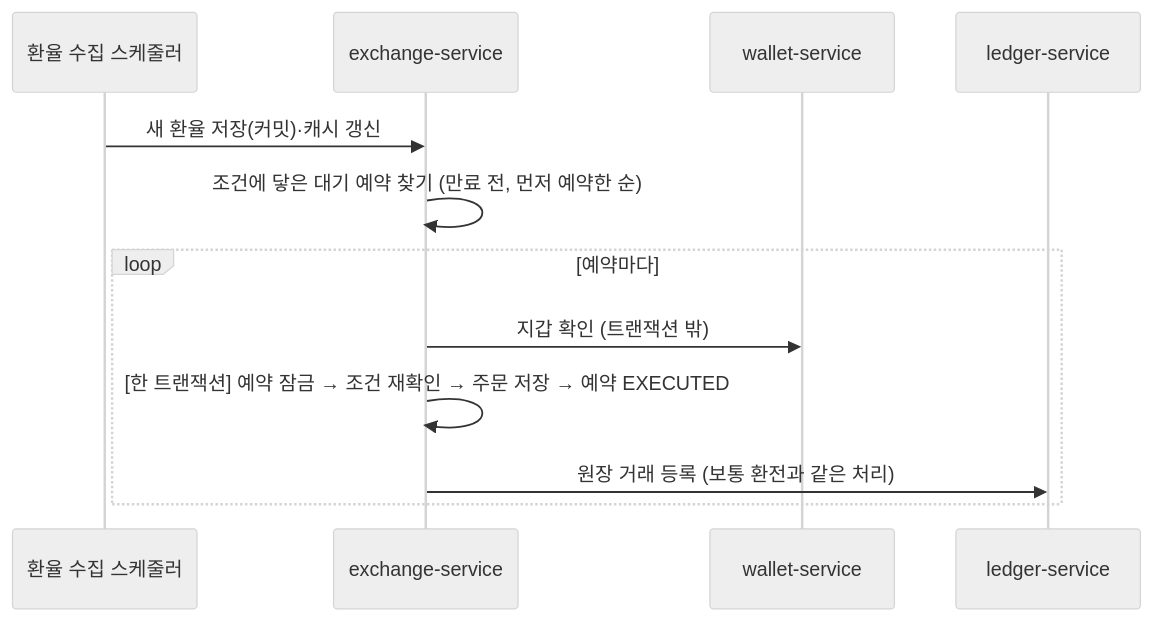
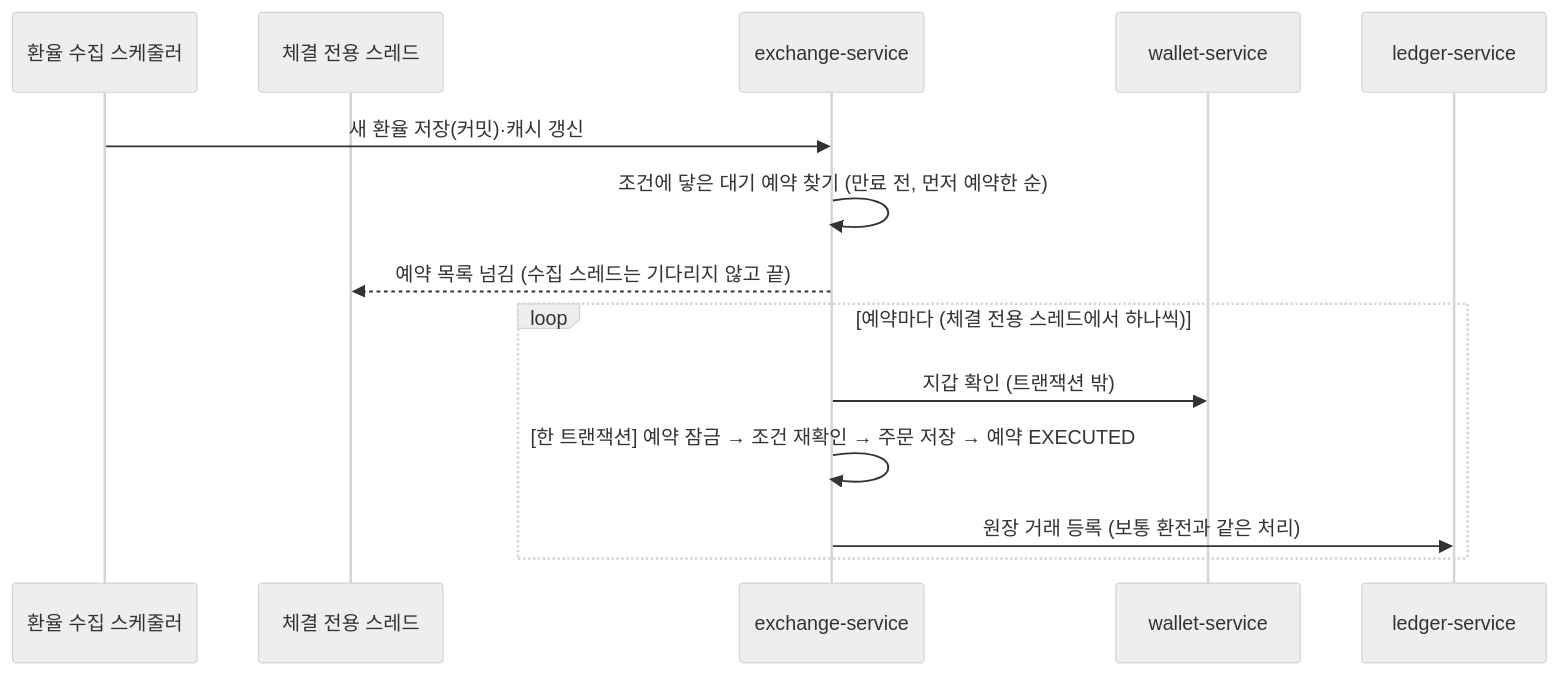
One commit to dont-worrys/travelpay changed the second of 2 diagrams in docs/guide/exchange-service.md. Above: the diagram before and after it, drawn with Mermaid (neutral theme). The commit also changed other lines of this file, not shown here.

First line of the commit message:
docs: 환전 가이드에 예약 체결 스레드 분리와 서킷 적용 범위 반영

````diff
--- a/docs/guide/exchange-service.md
+++ b/docs/guide/exchange-service.md
@@ -378,14 +380,16 @@
 ```mermaid
 sequenceDiagram
     participant S as 환율 수집 스케줄러
+    participant T as 체결 전용 스레드
     participant E as exchange-service
     participant W as wallet-service
     participant L as ledger-service
     S->>E: 새 환율 저장(커밋)·캐시 갱신
     E->>E: 조건에 닿은 대기 예약 찾기 (만료 전, 먼저 예약한 순)
-    loop 예약마다
+    E-->>T: 예약 목록 넘김 (수집 스레드는 기다리지 않고 끝)
+    loop 예약마다 (체결 전용 스레드에서 하나씩)
         E->>W: 지갑 확인 (트랜잭션 밖)
         E->>E: [한 트랜잭션] 예약 잠금 → 조건 재확인 → 주문 저장 → 예약 EXECUTED
         E->>L: 원장 거래 등록 (보통 환전과 같은 처리)
     end
 ```
````
